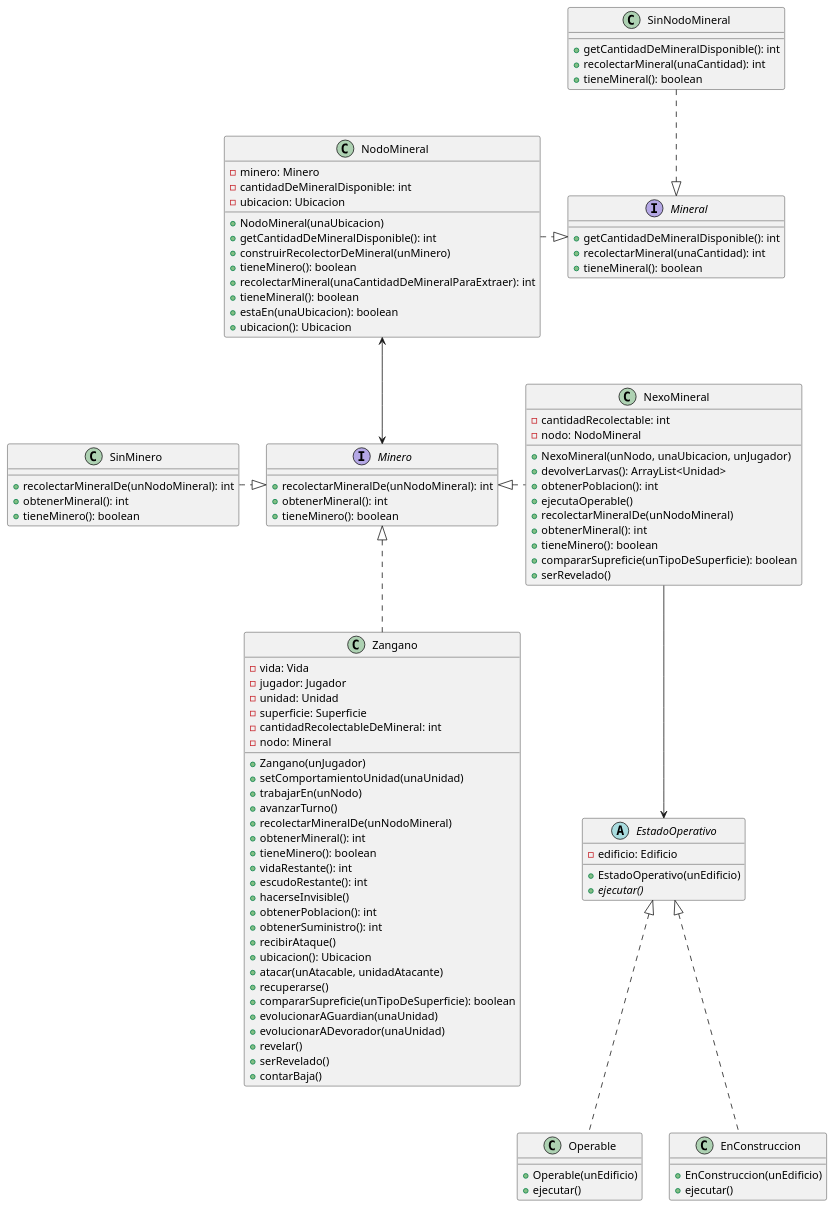
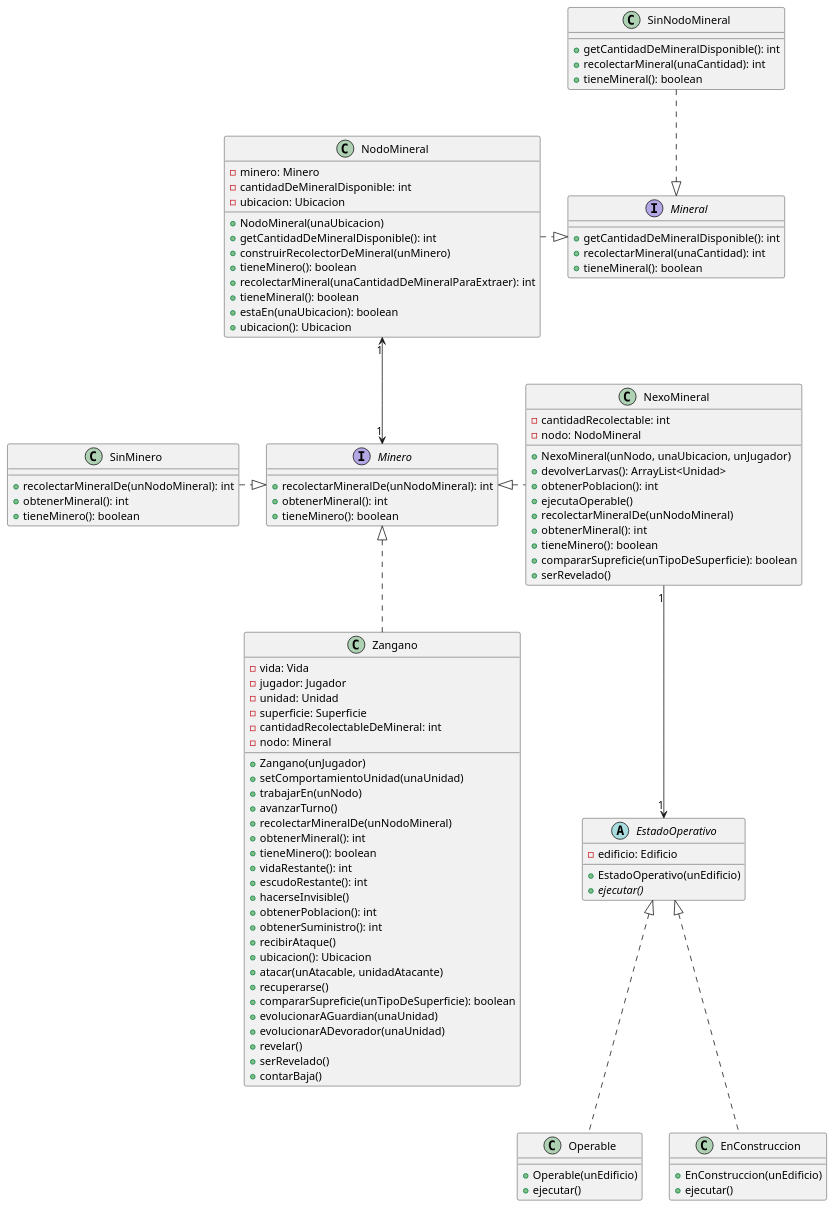
The diagram in diagrams/classes/Diagramas definitivos/NodoMineral.puml (joeldevel/algo3_tp_2), drawn with PlantUML before and after one commit. The commit also changed 6 other files, not shown here.

Commit message:
Diagramas

```diff
--- a/diagrams/classes/Diagramas definitivos/NodoMineral.puml
+++ b/diagrams/classes/Diagramas definitivos/NodoMineral.puml
@@ -1,115 +1,115 @@
 @startuml
 
 class NodoMineral{
 	-minero: Minero
 	-cantidadDeMineralDisponible: int
 	-ubicacion: Ubicacion
 	+NodoMineral(unaUbicacion)
 	+getCantidadDeMineralDisponible(): int
 	+construirRecolectorDeMineral(unMinero)
 	+tieneMinero(): boolean
 	+recolectarMineral(unaCantidadDeMineralParaExtraer): int
 	+tieneMineral(): boolean
 	+estaEn(unaUbicacion): boolean
 	+ubicacion(): Ubicacion
 }
 
 interface Mineral {
     +getCantidadDeMineralDisponible(): int
     +recolectarMineral(unaCantidad): int
     +tieneMineral(): boolean
 }
 
 class SinNodoMineral {
     +getCantidadDeMineralDisponible(): int
     +recolectarMineral(unaCantidad): int
     +tieneMineral(): boolean
 }
 
 interface Minero{
 	+recolectarMineralDe(unNodoMineral): int
 	+obtenerMineral(): int
 	+tieneMinero(): boolean
 }
 
 class SinMinero {
     +recolectarMineralDe(unNodoMineral): int
     +obtenerMineral(): int
     +tieneMinero(): boolean
 }
 
 class NexoMineral{
 	-cantidadRecolectable: int
 	-nodo: NodoMineral
 	+NexoMineral(unNodo, unaUbicacion, unJugador)
 	+devolverLarvas(): ArrayList<Unidad>
 	+obtenerPoblacion(): int
 	+ejecutaOperable()
 	+recolectarMineralDe(unNodoMineral)
 	+obtenerMineral(): int
 	+tieneMinero(): boolean
 	+compararSupreficie(unTipoDeSuperficie): boolean
 	+serRevelado()
 }
 
 abstract class EstadoOperativo {
     -edificio: Edificio
     +EstadoOperativo(unEdificio)
     +{abstract} ejecutar()
 }
 
 class Operable{
     +Operable(unEdificio)
     +ejecutar()
 }
 
 class EnConstruccion{
     +EnConstruccion(unEdificio)
     +ejecutar()
 }
 
 class Zangano{
     -vida: Vida
     -jugador: Jugador
     -unidad: Unidad
     -superficie: Superficie
     -cantidadRecolectableDeMineral: int
     -nodo: Mineral
     +Zangano(unJugador)
     +setComportamientoUnidad(unaUnidad)
     +trabajarEn(unNodo)
     +avanzarTurno()
     +recolectarMineralDe(unNodoMineral)
     +obtenerMineral(): int
     +tieneMinero(): boolean
     +vidaRestante(): int
     +escudoRestante(): int
     +hacerseInvisible()
     +obtenerPoblacion(): int
     +obtenerSuministro(): int
     +recibirAtaque()
     +ubicacion(): Ubicacion
     +atacar(unAtacable, unidadAtacante)
     +recuperarse()
     +compararSupreficie(unTipoDeSuperficie): boolean
     +evolucionarAGuardian(unaUnidad)
     +evolucionarADevorador(unaUnidad)
     +revelar()
     +serRevelado()
     +contarBaja()
 }
 
-NexoMineral --> EstadoOperativo
+NexoMineral "1" --> "1" EstadoOperativo
 
 EstadoOperativo <|.. Operable
 EstadoOperativo <|.. EnConstruccion
 
 Minero <|.left. SinMinero
 Minero <|. NexoMineral
 Minero <|.. Zangano
 
-NodoMineral <--> Minero
+NodoMineral "1" <--> "1" Minero
 NodoMineral .right.|> Mineral
 SinNodoMineral ..|> Mineral
 
 @enduml
```
